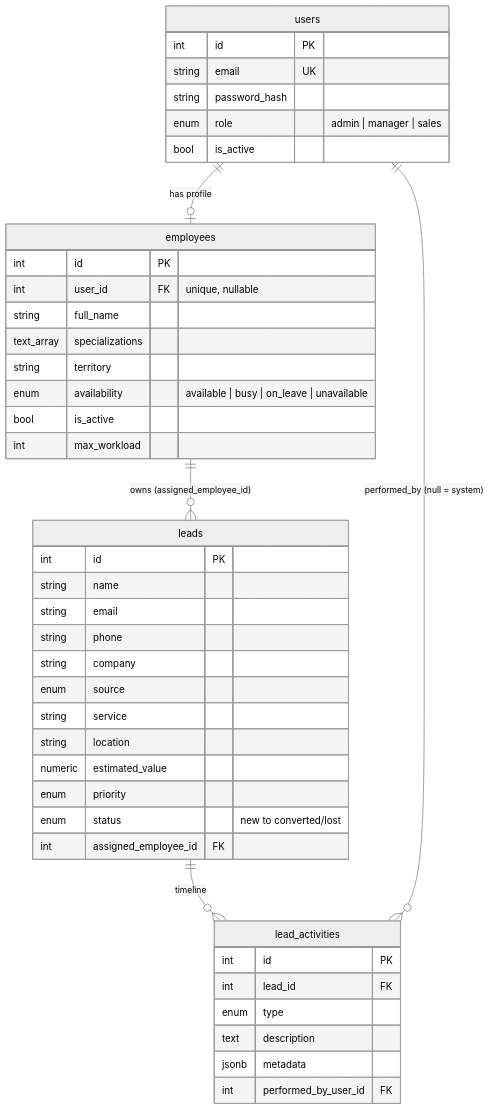
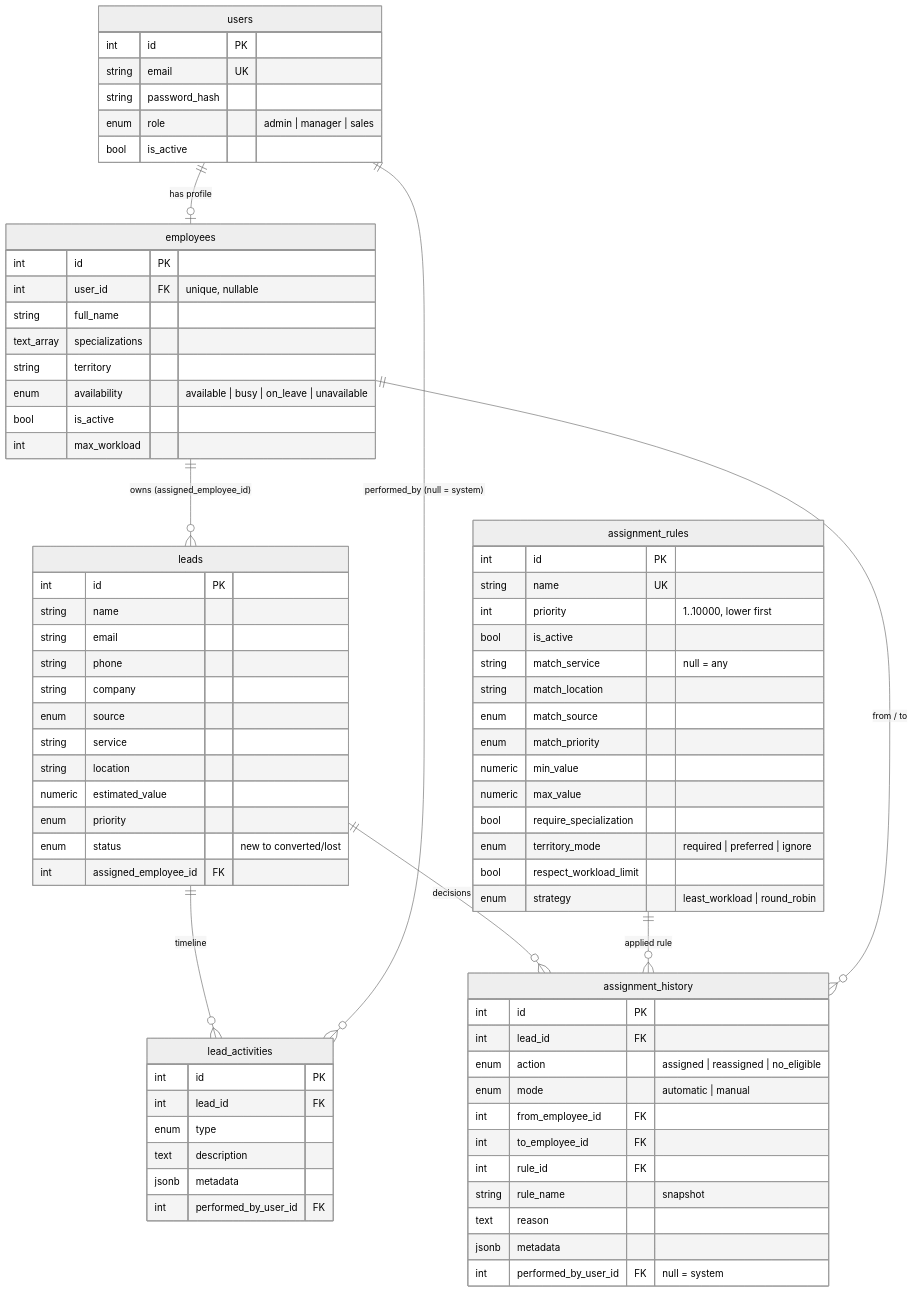
One commit to GowthamJegatheeswaran/neirah-crm-engine changed the diagram in README.md. Above: the diagram before and after it, drawn with Mermaid (neutral theme). The commit also changed other lines of this file, not shown here.

Commit message:
docs: document Day 3 assignment engine, endpoints and schema

````diff
--- a/README.md
+++ b/README.md
@@ -137,47 +177,79 @@
 ```mermaid
 erDiagram
     users ||--o| employees : "has profile"
     employees ||--o{ leads : "owns (assigned_employee_id)"
     leads ||--o{ lead_activities : "timeline"
     users ||--o{ lead_activities : "performed_by (null = system)"
+    leads ||--o{ assignment_history : "decisions"
+    assignment_rules ||--o{ assignment_history : "applied rule"
+    employees ||--o{ assignment_history : "from / to"
 
     users {
         int id PK
         string email UK
         string password_hash
         enum role "admin | manager | sales"
         bool is_active
     }
     employees {
         int id PK
         int user_id FK "unique, nullable"
         string full_name
         text_array specializations
         string territory
         enum availability "available | busy | on_leave | unavailable"
         bool is_active
         int max_workload
     }
     leads {
         int id PK
         string name
         string email
         string phone
         string company
         enum source
         string service
         string location
         numeric estimated_value
         enum priority
         enum status "new to converted/lost"
         int assigned_employee_id FK
     }
     lead_activities {
         int id PK
         int lead_id FK
         enum type
         text description
         jsonb metadata
         int performed_by_user_id FK
     }
+    assignment_rules {
+        int id PK
+        string name UK
+        int priority "1..10000, lower first"
+        bool is_active
+        string match_service "null = any"
+        string match_location
+        enum match_source
+        enum match_priority
+        numeric min_value
+        numeric max_value
+        bool require_specialization
+        enum territory_mode "required | preferred | ignore"
+        bool respect_workload_limit
+        enum strategy "least_workload | round_robin"
+    }
+    assignment_history {
+        int id PK
+        int lead_id FK
+        enum action "assigned | reassigned | no_eligible"
+        enum mode "automatic | manual"
+        int from_employee_id FK
+        int to_employee_id FK
+        int rule_id FK
+        string rule_name "snapshot"
+        text reason
+        jsonb metadata
+        int performed_by_user_id FK "null = system"
+    }
 ```
````
